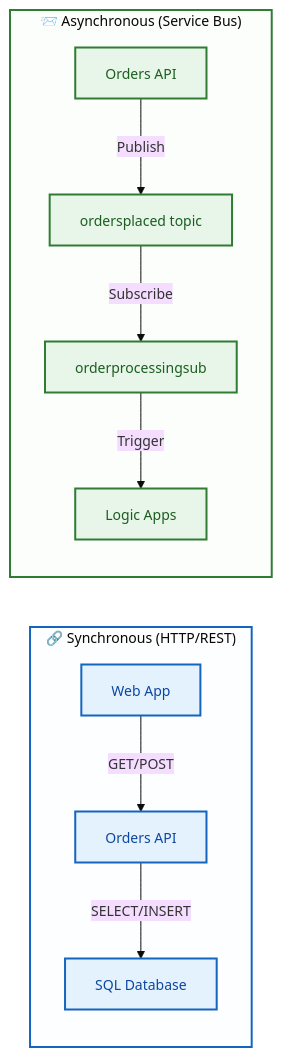
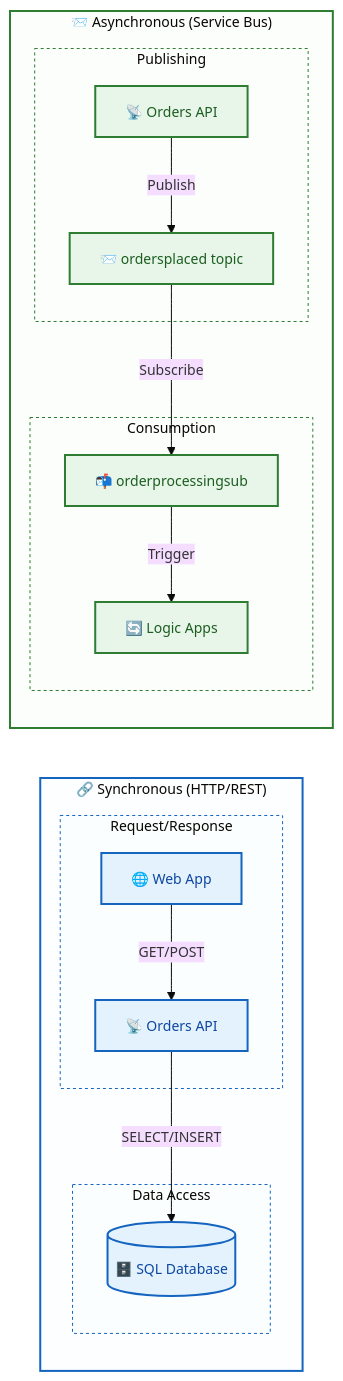
The fifth of 5 diagrams in docs/architecture/03-application-architecture.md (Evilazaro/Azure-LogicApps-Monitoring), drawn with Mermaid before and after one commit. The commit also changed other lines of this file, not shown here.

Commit message:
Refactor application architecture diagrams with improved subgraph organization and styling for enhanced clarity and visual grouping

````diff
--- a/docs/architecture/03-application-architecture.md
+++ b/docs/architecture/03-application-architecture.md
@@ -302,25 +377,39 @@
 ```mermaid
 %%{init: {'theme': 'base', 'themeVariables': { 'fontSize': '14px'}}}%%
 flowchart LR
     subgraph Sync["🔗 Synchronous (HTTP/REST)"]
-        Web["Web App"] -->|"GET/POST"| API["Orders API"]
-        API -->|"SELECT/INSERT"| DB["SQL Database"]
+        direction TB
+        subgraph RequestResponse["Request/Response"]
+            Web["🌐 Web App"] -->|"GET/POST"| API["📡 Orders API"]
+        end
+        subgraph DataAccess["Data Access"]
+            API -->|"SELECT/INSERT"| DB[("🗄️ SQL Database")]
+        end
     end
 
     subgraph Async["📨 Asynchronous (Service Bus)"]
-        API2["Orders API"] -->|"Publish"| Topic["ordersplaced topic"]
-        Topic -->|"Subscribe"| Sub["orderprocessingsub"]
-        Sub -->|"Trigger"| LA["Logic Apps"]
+        direction TB
+        subgraph Publishing["Publishing"]
+            API2["📡 Orders API"] -->|"Publish"| Topic["📨 ordersplaced topic"]
+        end
+        subgraph Consumption["Consumption"]
+            Topic -->|"Subscribe"| Sub["📬 orderprocessingsub"]
+            Sub -->|"Trigger"| LA["🔄 Logic Apps"]
+        end
     end
 
     %% Accessible color palette for communication patterns
     classDef sync fill:#e3f2fd,stroke:#1565c0,stroke-width:2px,color:#0d47a1
     classDef async fill:#e8f5e9,stroke:#2e7d32,stroke-width:2px,color:#1b5e20
 
     class Web,API,DB sync
     class API2,Topic,Sub,LA async
 
     %% Subgraph container styling for visual layer grouping
     style Sync fill:#e3f2fd22,stroke:#1565c0,stroke-width:2px
     style Async fill:#e8f5e922,stroke:#2e7d32,stroke-width:2px
+    style RequestResponse fill:#e3f2fd11,stroke:#1565c0,stroke-width:1px,stroke-dasharray:3
+    style DataAccess fill:#e3f2fd11,stroke:#1565c0,stroke-width:1px,stroke-dasharray:3
+    style Publishing fill:#e8f5e911,stroke:#2e7d32,stroke-width:1px,stroke-dasharray:3
+    style Consumption fill:#e8f5e911,stroke:#2e7d32,stroke-width:1px,stroke-dasharray:3
 ```
````
